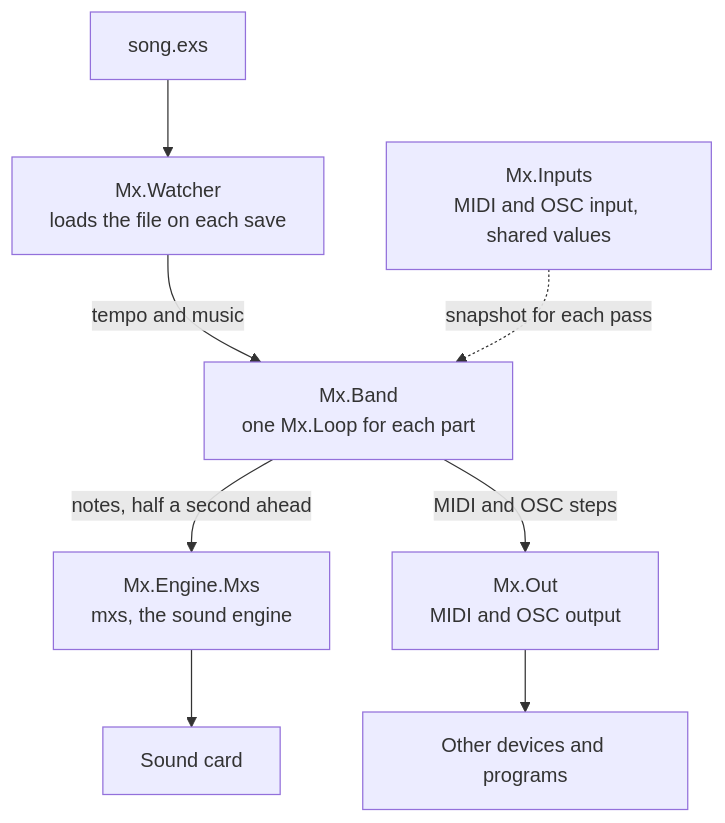
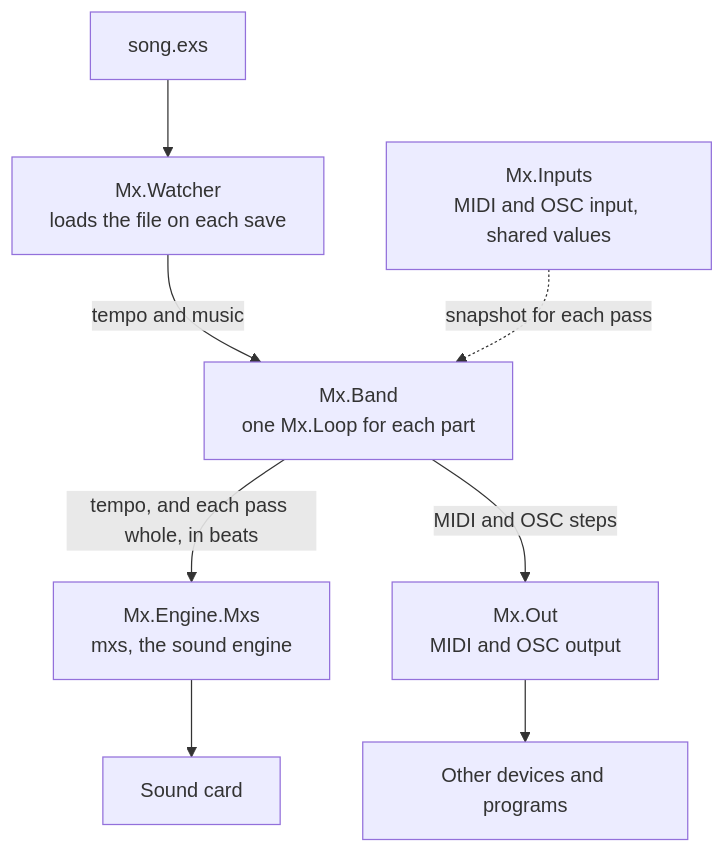
One commit to mx-music/mx changed the diagram in documentation/architecture.md. Above: the diagram before and after it, drawn with Mermaid. The commit also changed other lines of this file and 9 other files, not shown here.

Commit message:
Play and render: Hand the engine each pass whole in beats, and the next when it says the pass ends

````diff
--- a/documentation/architecture.md
+++ b/documentation/architecture.md
@@ -22,19 +22,19 @@
 ```mermaid
 graph TD
   file["song.exs"]
   watcher["Mx.Watcher<br>loads the file on each save"]
   band["Mx.Band<br>one Mx.Loop for each part"]
   inputs["Mx.Inputs<br>MIDI and OSC input, shared values"]
   engine["Mx.Engine.Mxs<br>mxs, the sound engine"]
   out["Mx.Out<br>MIDI and OSC output"]
   card["Sound card"]
   devices["Other devices and programs"]
 
   file --> watcher
   watcher -->|tempo and music| band
   inputs -.->|snapshot for each pass| band
-  band -->|notes, half a second ahead| engine
+  band -->|tempo, and each pass whole, in beats| engine
   band -->|MIDI and OSC steps| out
   engine --> card
   out --> devices
 ```
````
